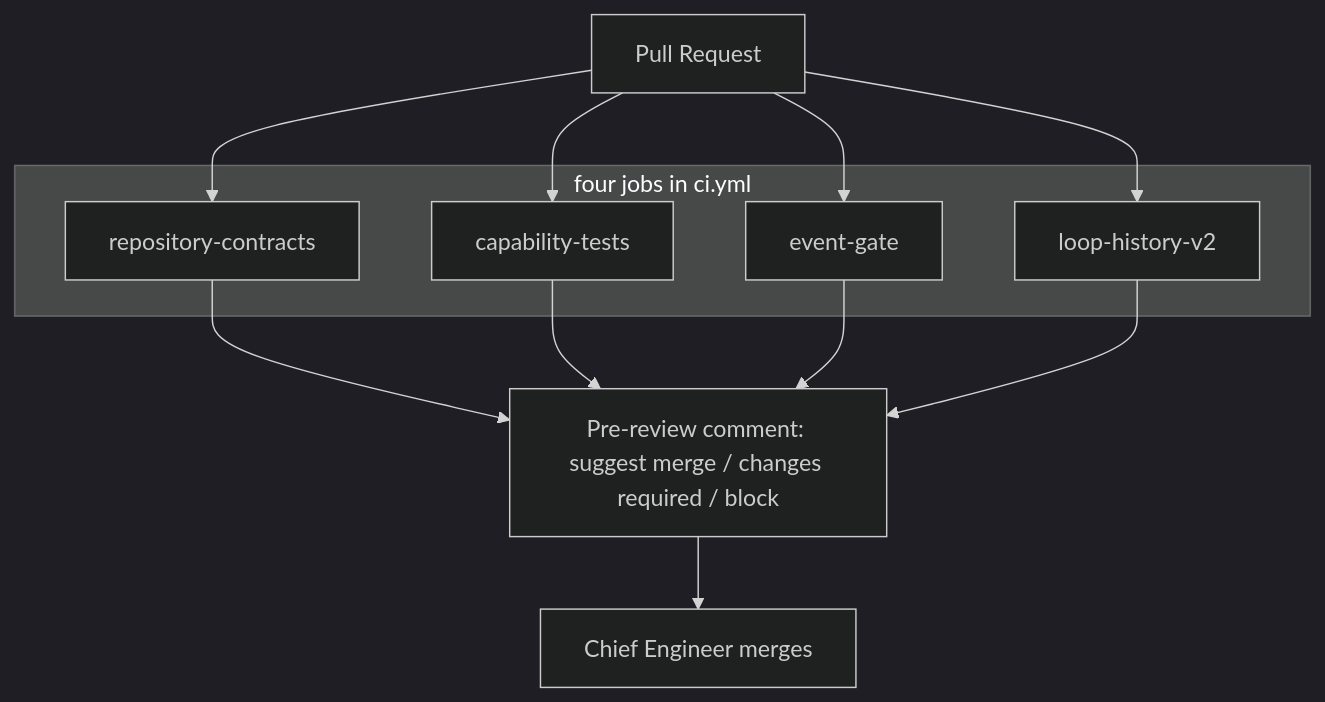
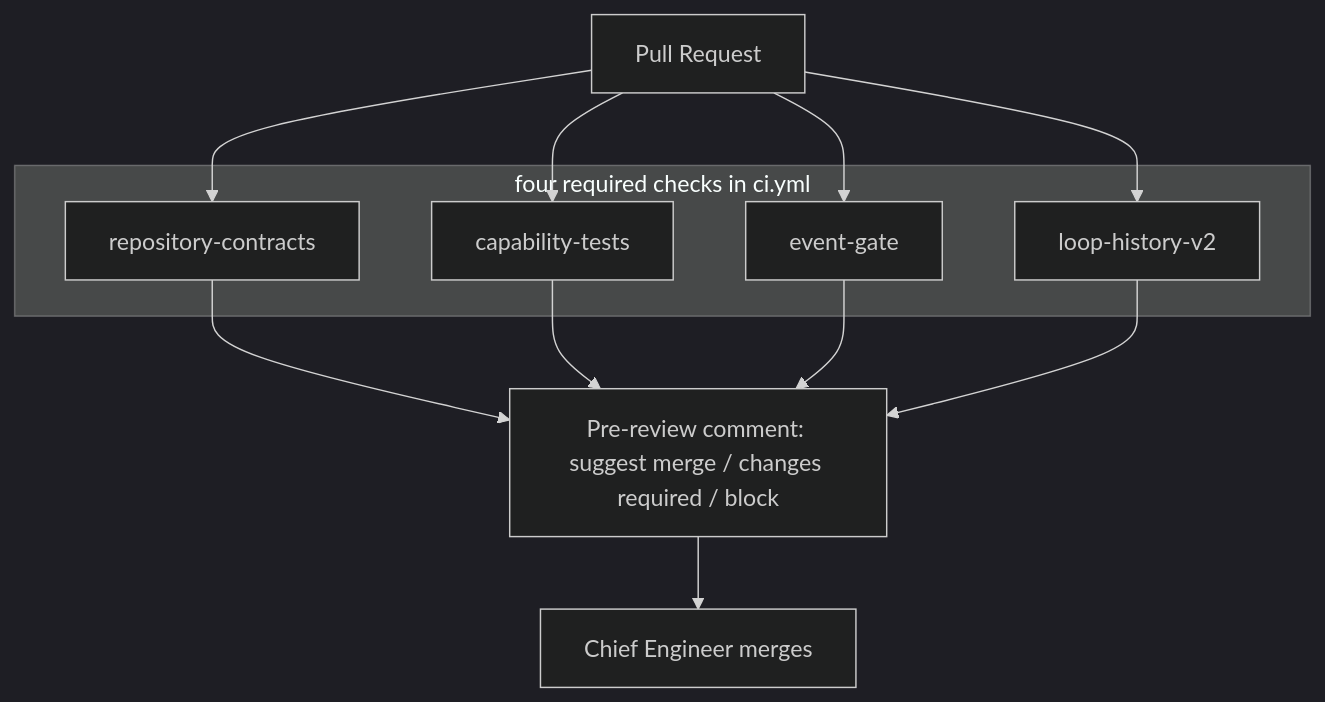
One commit to TaiLaiCai/ai-trust-review changed the second of 2 diagrams in README.en.md. Above: the diagram before and after it, drawn with Mermaid (dark theme). The commit also changed other lines of this file and 1 other file, not shown here.

Commit message:
docs: README 作业数对齐 ci.yml 的六项作业

````diff
--- a/README.en.md
+++ b/README.en.md
@@ -64,17 +66,17 @@
 ```mermaid
 flowchart TD
   pr["Pull Request"]
-  subgraph checks ["four jobs in ci.yml"]
+  subgraph checks ["four required checks in ci.yml"]
     a["repository-contracts"]
     b["capability-tests"]
     c["event-gate"]
     d["loop-history-v2"]
   end
   pre["Pre-review comment: suggest merge / changes required / block"]
   merge["Chief Engineer merges"]
   pr --> a --> pre
   pr --> b --> pre
   pr --> c --> pre
   pr --> d --> pre
   pre --> merge
 ```
````
